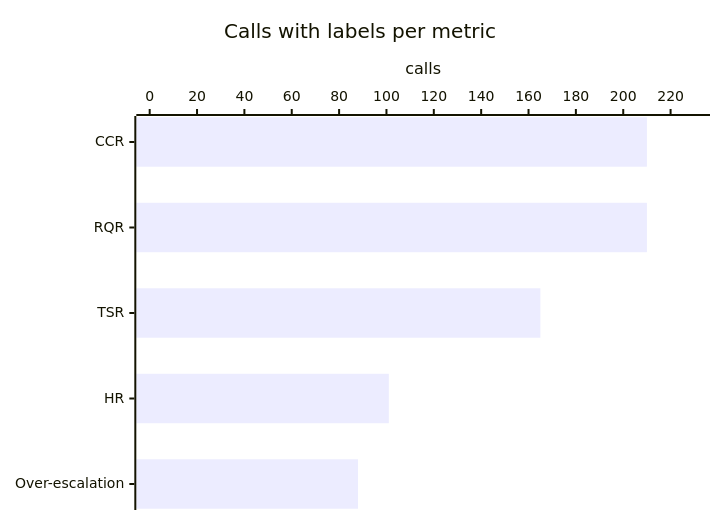
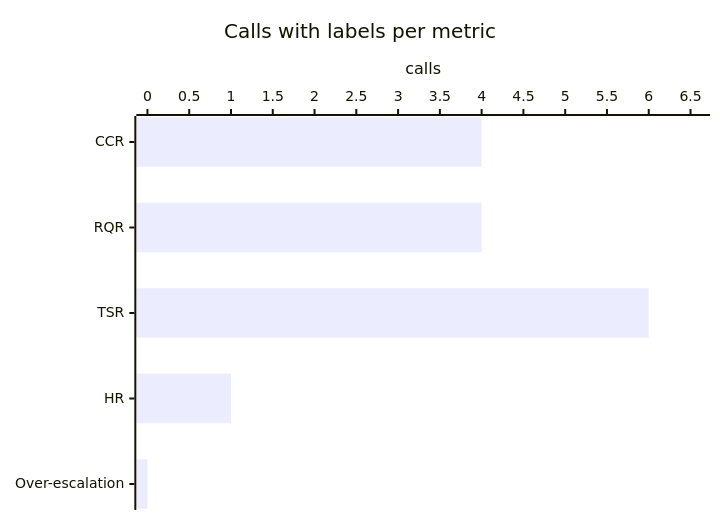
The second of 5 diagrams in evaluation/data-generation/output/reports/validation_report.md (queenley/capstone_sudocode2026), drawn with Mermaid before and after one commit. The commit also changed other lines of this file and 1541 other files, not shown here.

````diff
--- a/evaluation/data-generation/output/reports/validation_report.md
+++ b/evaluation/data-generation/output/reports/validation_report.md
@@ -32,7 +32,7 @@
 ```mermaid
 xychart-beta horizontal
     title "Calls with labels per metric"
     x-axis ["CCR", "RQR", "TSR", "HR", "Over-escalation"]
-    y-axis "calls" 0 --> 231
-    bar [210, 210, 165, 101, 88]
+    y-axis "calls" 0 --> 6.6
+    bar [4, 4, 6, 1, 0]
 ```
````
